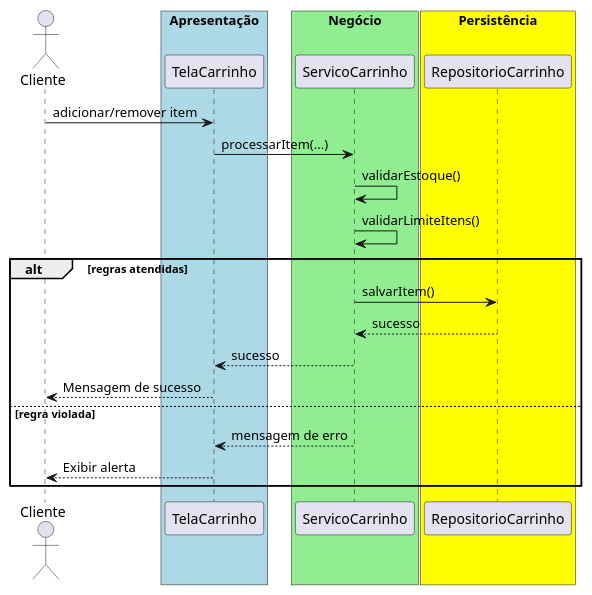
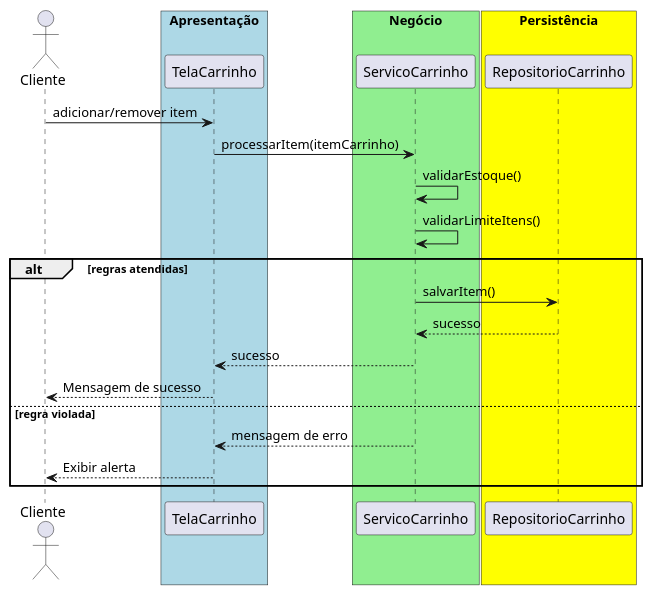
One commit to 20261-ifba-saj-ads-poo/blog changed the diagram in src/trabalhos/Trabalho18.md. Above: the diagram before and after it, drawn with PlantUML. The commit also changed other lines of this file and 35 other files, not shown here.

````diff
--- a/src/trabalhos/Trabalho18.md
+++ b/src/trabalhos/Trabalho18.md
@@ -28,27 +28,27 @@
 ```plantuml{kroki=true}
 @startuml
 actor Cliente
 box "Apresentação" #lightblue
     participant TelaCarrinho
 end box
 box "Negócio" #lightgreen
     participant ServicoCarrinho
 end box
 box "Persistência" #yellow
     participant RepositorioCarrinho
 end box
 Cliente -> TelaCarrinho : adicionar/remover item
-TelaCarrinho -> ServicoCarrinho : processarItem(...)
+TelaCarrinho -> ServicoCarrinho : processarItem(itemCarrinho)
 ServicoCarrinho -> ServicoCarrinho : validarEstoque()
 ServicoCarrinho -> ServicoCarrinho : validarLimiteItens()
 alt regras atendidas
     ServicoCarrinho -> RepositorioCarrinho : salvarItem()
     RepositorioCarrinho --> ServicoCarrinho : sucesso
     ServicoCarrinho --> TelaCarrinho : sucesso
     TelaCarrinho --> Cliente : Mensagem de sucesso
 else regra violada
     ServicoCarrinho --> TelaCarrinho : mensagem de erro
     TelaCarrinho --> Cliente : Exibir alerta
 end
 @enduml
 ```
````
